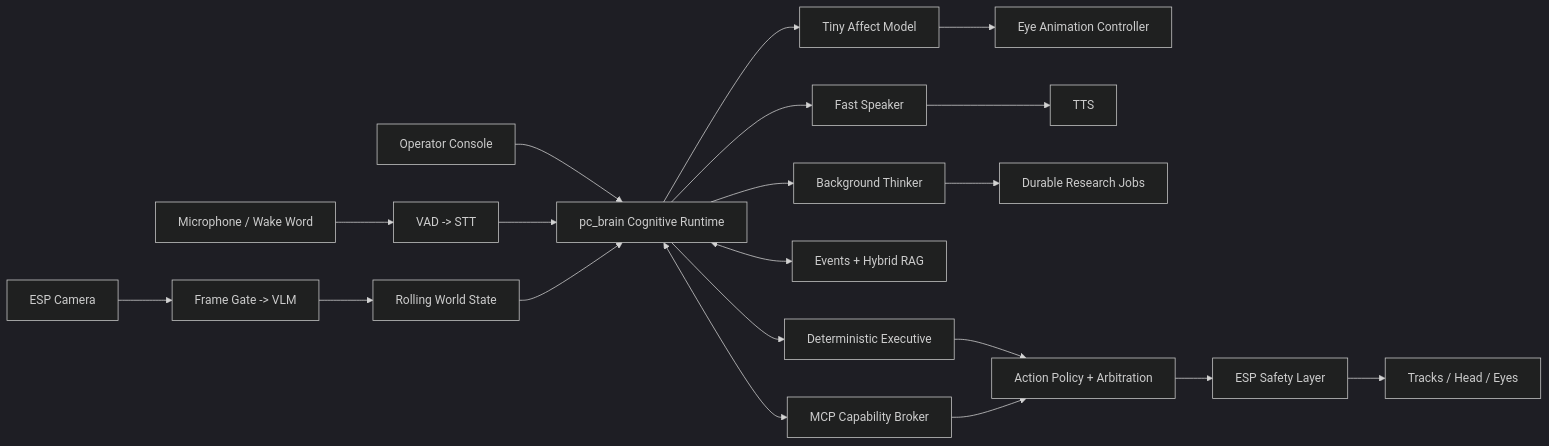
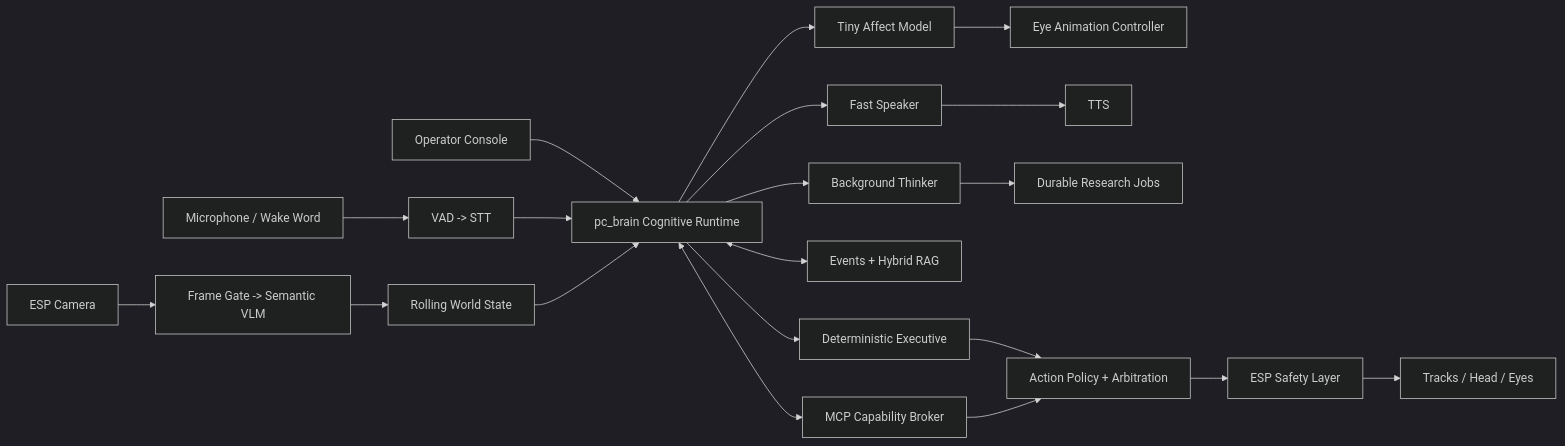
The diagram in DESIGN.md (ZachariusSousa/HouseGremlin), drawn with Mermaid (dark theme) before and after one commit. The commit also changed other lines of this file and 29 other files, not shown here.

````diff
--- a/DESIGN.md
+++ b/DESIGN.md
@@ -37,25 +37,25 @@
 ```mermaid
 flowchart LR
     Mic["Microphone / Wake Word"] --> Voice["VAD -> STT"]
-    Camera["ESP Camera"] --> Perception["Frame Gate -> VLM"]
+    Camera["ESP Camera"] --> Perception["Frame Gate -> Semantic VLM"]
     UI["Operator Console"] --> Brain
 
     Voice --> Brain["pc_brain Cognitive Runtime"]
     Perception --> World["Rolling World State"]
     World --> Brain
 
     Brain --> Speaker["Fast Speaker"]
     Brain --> Thinker["Background Thinker"]
     Brain --> Affect["Tiny Affect Model"]
     Brain <--> Memory["Events + Hybrid RAG"]
     Brain <--> Broker["MCP Capability Broker"]
     Brain --> Executive["Deterministic Executive"]
 
     Affect --> Eyes["Eye Animation Controller"]
     Speaker --> TTS["TTS"]
     Thinker --> Jobs["Durable Research Jobs"]
     Executive --> Policy["Action Policy + Arbitration"]
     Broker --> Policy
     Policy --> ESP["ESP Safety Layer"]
     ESP --> Body["Tracks / Head / Eyes"]
 ```
````
